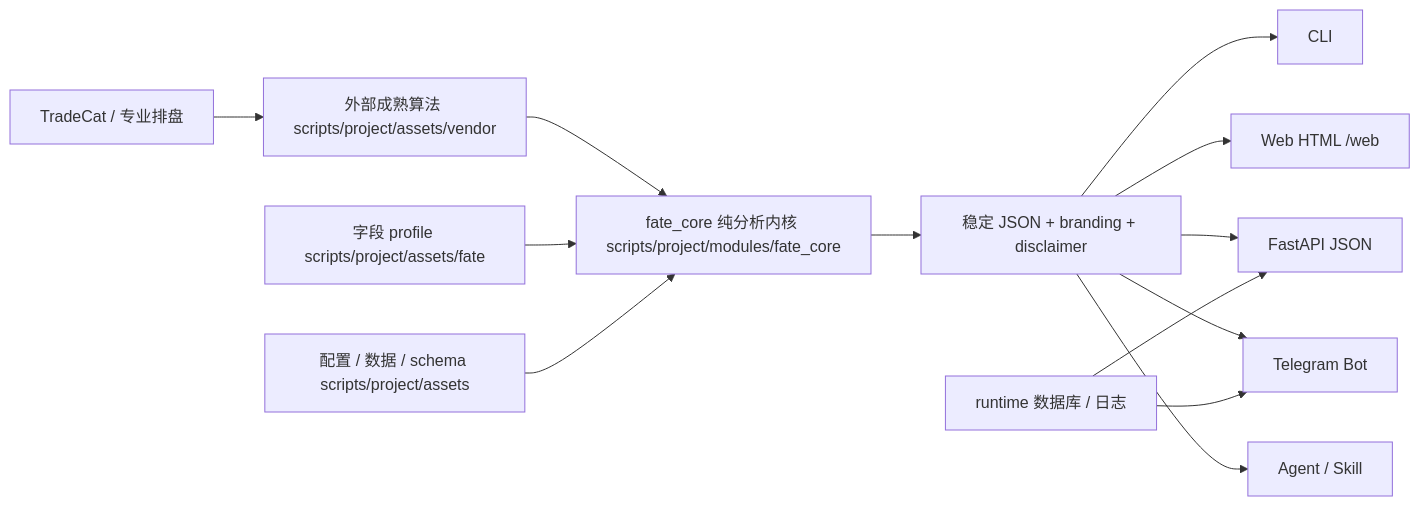
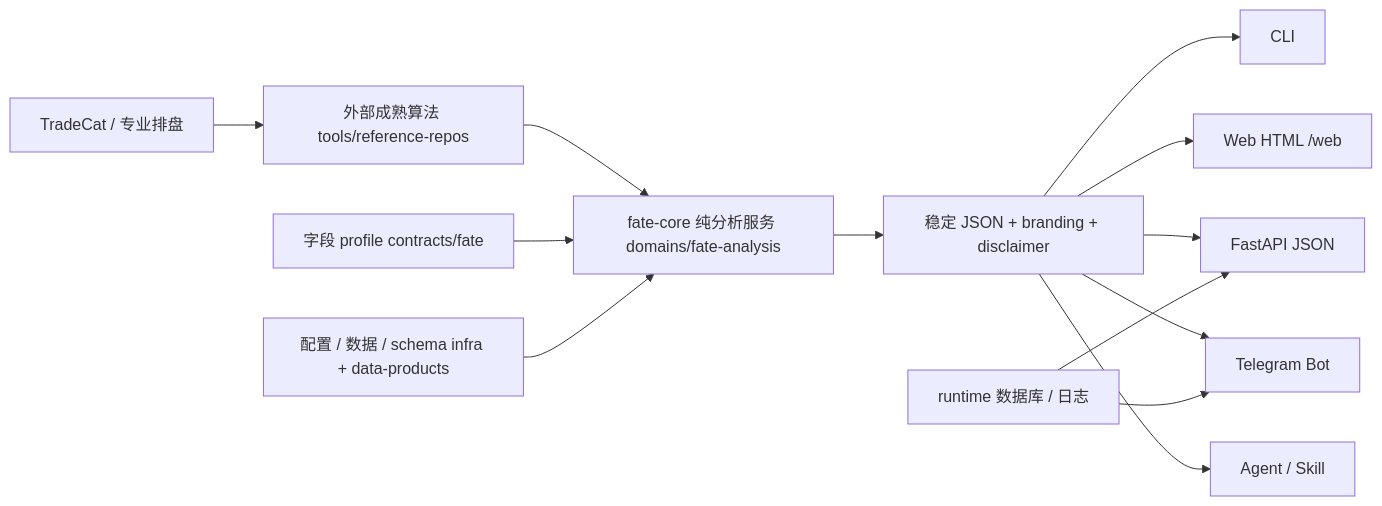
One commit to zyb0408/fatecat changed the diagram in README.md. Above: the diagram before and after it, drawn with Mermaid. The commit also changed other lines of this file and 6376 other files, not shown here.

````diff
--- a/README.md
+++ b/README.md
@@ -103,15 +112,15 @@
 ```mermaid
 flowchart LR
-    A[TradeCat / 专业排盘] --> B[外部成熟算法 scripts/project/assets/vendor]
-    B --> C[fate_core 纯分析内核 scripts/project/modules/fate_core]
-    F[字段 profile scripts/project/assets/fate] --> C
-    G[配置 / 数据 / schema scripts/project/assets] --> C
+    A[TradeCat / 专业排盘] --> B[外部成熟算法 tools/reference-repos]
+    B --> C[fate-core 纯分析服务 domains/fate-analysis]
+    F[字段 profile contracts/fate] --> C
+    G[配置 / 数据 / schema infra + data-products] --> C
     C --> D[稳定 JSON + branding + disclaimer]
     D --> E1[CLI]
     D --> E2[Web HTML /web]
     D --> E3[FastAPI JSON]
     D --> E4[Telegram Bot]
     D --> E5[Agent / Skill]
     H[runtime 数据库 / 日志] --> E3
     H --> E4
 ```
````
